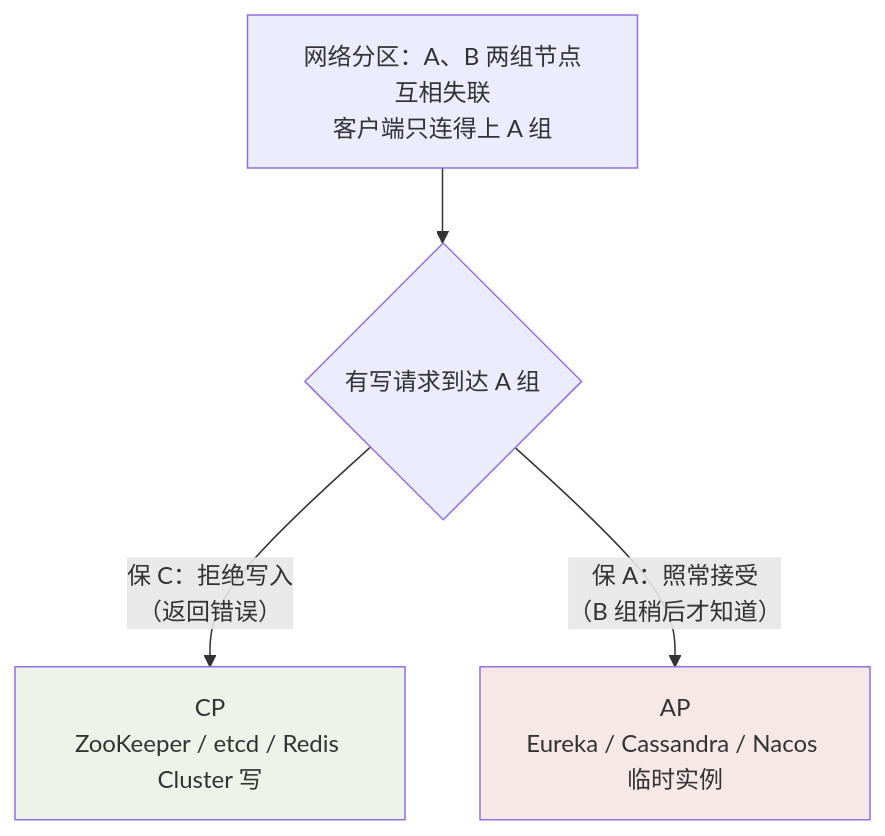
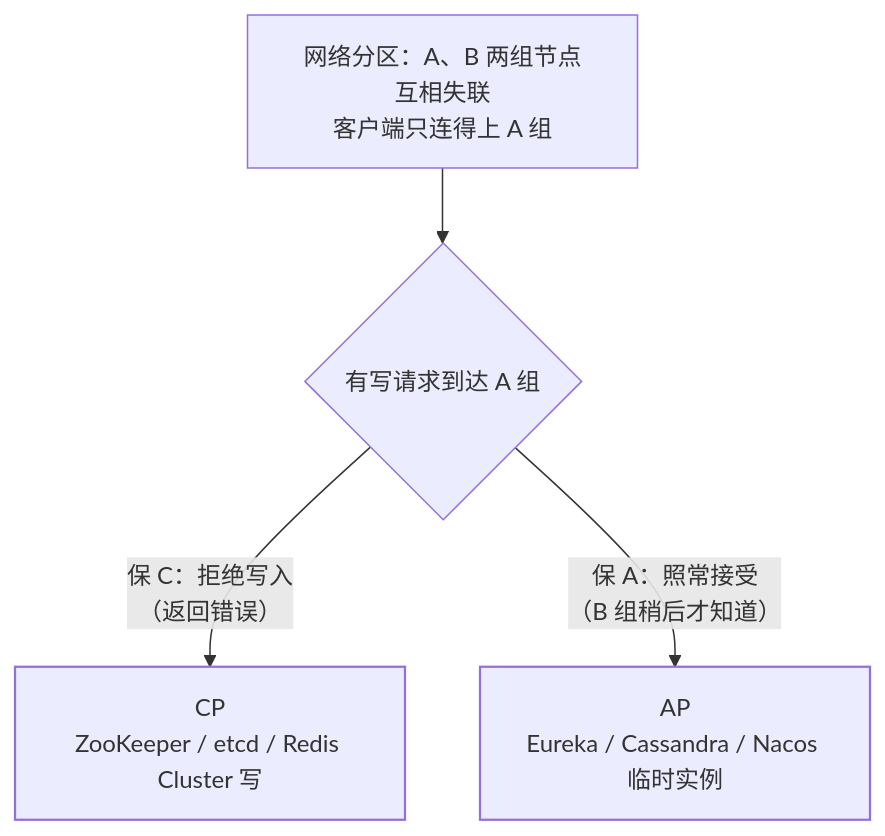
One commit to Loadhao/ascension changed the first of 2 diagrams in src/content/docs/distributed/basic/theory/01-cap-base.md. Above: the diagram before and after it, drawn with Mermaid. The commit also changed other lines of this file and 87 other files, not shown here.

First line of the commit message:
fix: 全站图表配色改由主题接管，修复暗色主题下浅底浅字看不清

````diff
--- a/src/content/docs/distributed/basic/theory/01-cap-base.md
+++ b/src/content/docs/distributed/basic/theory/01-cap-base.md
@@ -20,9 +20,11 @@
 ```mermaid
 flowchart TB
     NET["网络分区：A、B 两组节点互相失联<br/>客户端只连得上 A 组"] --> Q{"有写请求到达 A 组"}
     Q -->|"保 C：拒绝写入<br/>（返回错误）"| CC["CP<br/>ZooKeeper / etcd / Redis Cluster 写"]
     Q -->|"保 A：照常接受<br/>（B 组稍后才知道）"| AA["AP<br/>Eureka / Cassandra / Nacos 临时实例"]
 
-    style CC fill:#eef3ea
-    style AA fill:#f7e8e8
+    class CC good
+    class AA bad
+    classDef good stroke-width:1.5px
+    classDef bad stroke-width:1.5px
 ```
````
